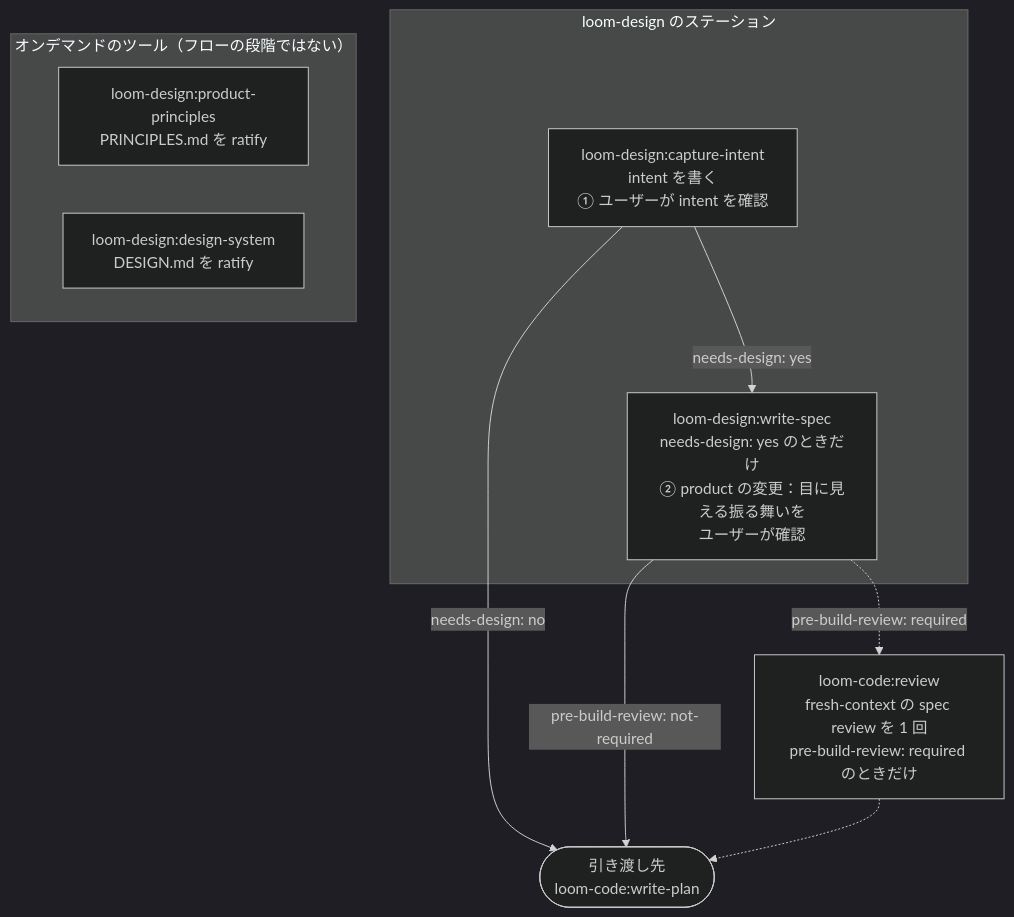
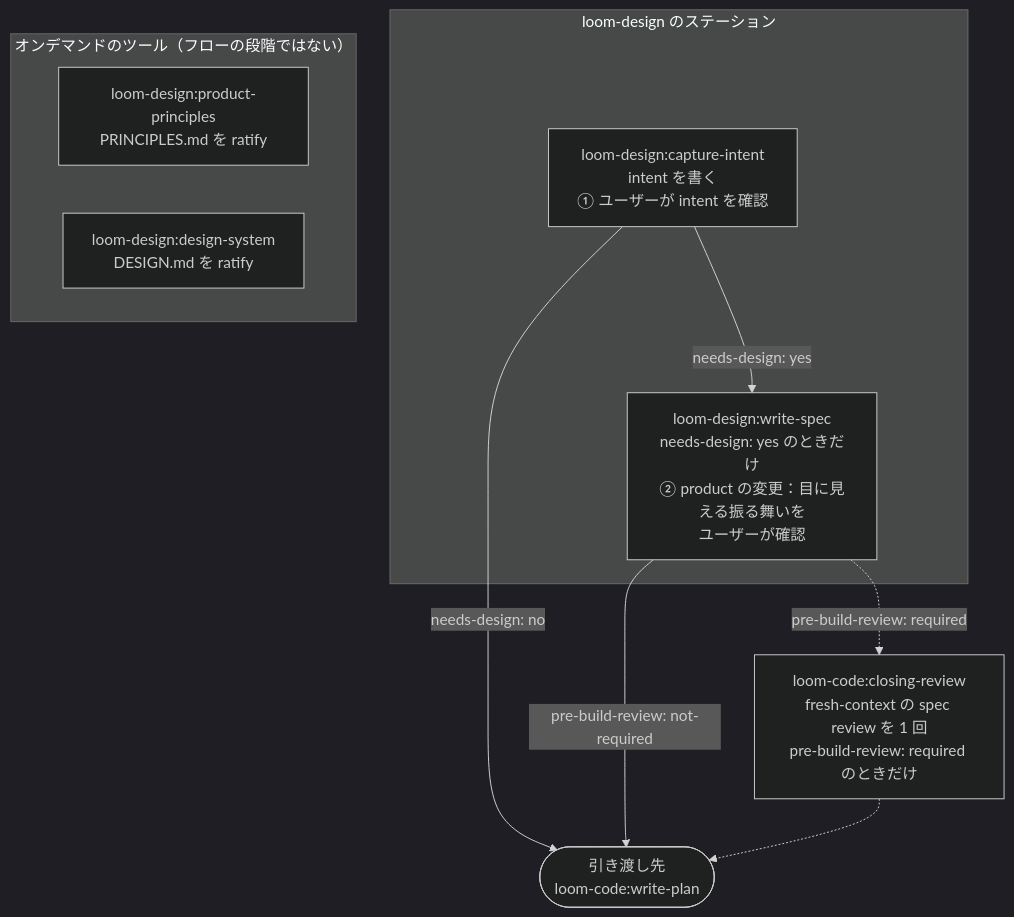
One commit to kouko/loom-plugins changed the diagram in loom-design/README.ja.md. Above: the diagram before and after it, drawn with Mermaid (dark theme). The commit also changed other lines of this file and 91 other files, not shown here.

First line of the commit message:
feat(loom): support Antigravity CLI and rename review to closing-review (#8)

````diff
--- a/loom-design/README.ja.md
+++ b/loom-design/README.ja.md
@@ -18,21 +18,21 @@
 ```mermaid
 flowchart TD
     subgraph stations["loom-design のステーション"]
         intent["loom-design:capture-intent<br/>intent を書く<br/>① ユーザーが intent を確認"]
         spec["loom-design:write-spec<br/>needs-design: yes のときだけ<br/>② product の変更：目に見える振る舞いを<br/>ユーザーが確認"]
     end
 
-    specreview["loom-code:review<br/>fresh-context の spec review を 1 回<br/>pre-build-review: required のときだけ"]
+    specreview["loom-code:closing-review<br/>fresh-context の spec review を 1 回<br/>pre-build-review: required のときだけ"]
     plan(["引き渡し先<br/>loom-code:write-plan"])
 
     subgraph tools["オンデマンドのツール（フローの段階ではない）"]
         principles["loom-design:product-principles<br/>PRINCIPLES.md を ratify"]
         designsys["loom-design:design-system<br/>DESIGN.md を ratify"]
     end
 
     intent -->|"needs-design: yes"| spec
     intent -->|"needs-design: no"| plan
     spec -->|"pre-build-review: not-required"| plan
     spec -.->|"pre-build-review: required"| specreview
     specreview -.-> plan
 ```
````
